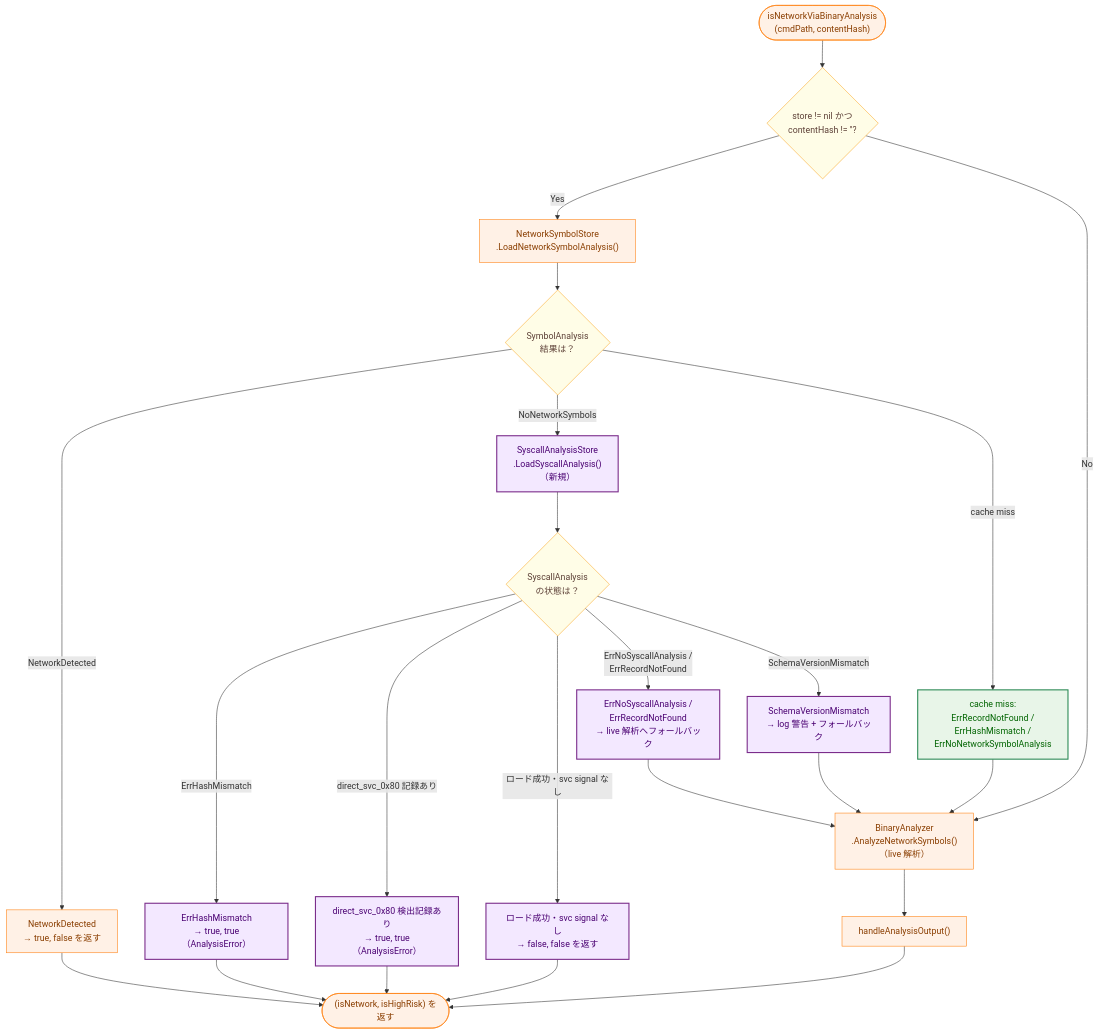
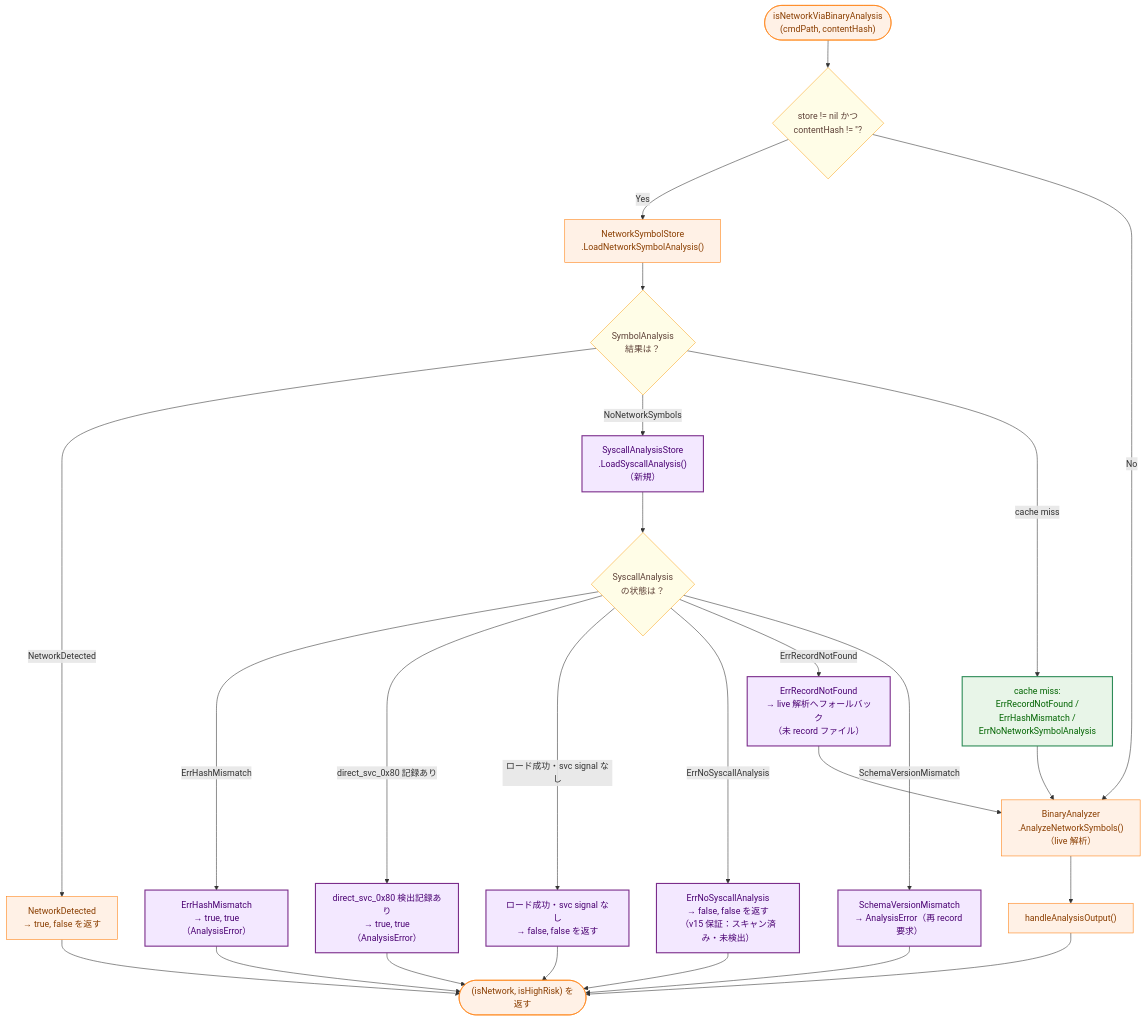
The sixth of 8 diagrams in docs/tasks/0097_macho_arm64_syscall_analysis/02_architecture.md (isseis/go-safe-cmd-runner), drawn with Mermaid before and after one commit. The commit also changed other lines of this file and 3 other files, not shown here.

First line of the commit message:
docs(0097): Bump schema to v15 and eliminate SyscallAnalysis live-analysis fallback

````diff
--- a/docs/tasks/0097_macho_arm64_syscall_analysis/02_architecture.md
+++ b/docs/tasks/0097_macho_arm64_syscall_analysis/02_architecture.md
@@ -279,55 +279,58 @@
 ```mermaid
 flowchart TD
     classDef data fill:#e6f7ff,stroke:#1f77b4,stroke-width:1px,color:#0b3d91;
     classDef process fill:#fff1e6,stroke:#ff7f0e,stroke-width:1px,color:#8a3e00;
     classDef enhanced fill:#e8f5e8,stroke:#2e8b57,stroke-width:2px,color:#006400;
     classDef new fill:#f3e8ff,stroke:#7b2d8b,stroke-width:2px,color:#4a0072;
     classDef decision fill:#fffde7,stroke:#f9a825,stroke-width:1px,color:#5d4037;
 
     START(["isNetworkViaBinaryAnalysis<br/>(cmdPath, contentHash)"])
     CHECK_STORE{"store != nil かつ<br>contentHash != ''?"}
     LOAD_SYM["NetworkSymbolStore<br>.LoadNetworkSymbolAnalysis()"]
     CHECK_SYM{"SymbolAnalysis<br>結果は？"}
     SYM_NET["NetworkDetected<br>→ true, false を返す"]
     LOAD_SVC["SyscallAnalysisStore<br>.LoadSyscallAnalysis()<br>（新規）"]
     CHECK_SVC_RESULT{"SyscallAnalysis<br>の状態は？"}
     SVC_HASH_ERR["ErrHashMismatch<br>→ true, true（AnalysisError）"]
     SVC_HIT["direct_svc_0x80 検出記録あり<br>→ true, true（AnalysisError）"]
     SVC_SAFE["ロード成功・svc signal なし<br>→ false, false を返す"]
-    SVC_ERR["ErrNoSyscallAnalysis /<br>ErrRecordNotFound<br>→ live 解析へフォールバック"]
-    SVC_SCHEMA["SchemaVersionMismatch<br>→ log 警告 + フォールバック"]
+    SVC_ERR["ErrNoSyscallAnalysis<br>→ false, false を返す<br>（v15 保証：スキャン済み・未検出）"]
+    SVC_NOT_FOUND["ErrRecordNotFound<br>→ live 解析へフォールバック<br>（未 record ファイル）"]
+    SVC_SCHEMA["SchemaVersionMismatch<br>→ AnalysisError（再 record 要求）"]
     SYM_FALLBACK["cache miss:<br>ErrRecordNotFound /<br>ErrHashMismatch /<br>ErrNoNetworkSymbolAnalysis"]
     FALLBACK["BinaryAnalyzer<br>.AnalyzeNetworkSymbols()<br>（live 解析）"]
     HANDLE["handleAnalysisOutput()"]
     RETURN(["(isNetwork, isHighRisk) を返す"])
 
     START --> CHECK_STORE
     CHECK_STORE -->|"Yes"| LOAD_SYM
     CHECK_STORE -->|"No"| FALLBACK
     LOAD_SYM --> CHECK_SYM
     CHECK_SYM -->|"NetworkDetected"| SYM_NET
     CHECK_SYM -->|"NoNetworkSymbols"| LOAD_SVC
     CHECK_SYM -->|"cache miss"| SYM_FALLBACK
     LOAD_SVC --> CHECK_SVC_RESULT
     CHECK_SVC_RESULT -->|"ErrHashMismatch"| SVC_HASH_ERR
     CHECK_SVC_RESULT -->|"direct_svc_0x80 記録あり"| SVC_HIT
     CHECK_SVC_RESULT -->|"ロード成功・svc signal なし"| SVC_SAFE
-    CHECK_SVC_RESULT -->|"ErrNoSyscallAnalysis /<br>ErrRecordNotFound"| SVC_ERR
+    CHECK_SVC_RESULT -->|"ErrNoSyscallAnalysis"| SVC_ERR
+    CHECK_SVC_RESULT -->|"ErrRecordNotFound"| SVC_NOT_FOUND
     CHECK_SVC_RESULT -->|"SchemaVersionMismatch"| SVC_SCHEMA
     SYM_FALLBACK --> FALLBACK
-    SVC_ERR --> FALLBACK
-    SVC_SCHEMA --> FALLBACK
+    SVC_NOT_FOUND --> FALLBACK
+    SVC_ERR --> RETURN
+    SVC_SCHEMA --> RETURN
     FALLBACK --> HANDLE
     HANDLE --> RETURN
     SYM_NET --> RETURN
     SVC_HASH_ERR --> RETURN
     SVC_HIT --> RETURN
     SVC_SAFE --> RETURN
 
     class START,RETURN process;
     class LOAD_SYM,HANDLE,FALLBACK,SYM_NET process;
     class CHECK_STORE,CHECK_SYM,CHECK_SVC_RESULT decision;
     class LOAD_SVC new;
-    class SVC_HIT,SVC_HASH_ERR,SVC_SAFE,SVC_ERR,SVC_SCHEMA new;
+    class SVC_HIT,SVC_HASH_ERR,SVC_SAFE,SVC_ERR,SVC_NOT_FOUND,SVC_SCHEMA new;
     class SYM_FALLBACK enhanced;
 ```
````
